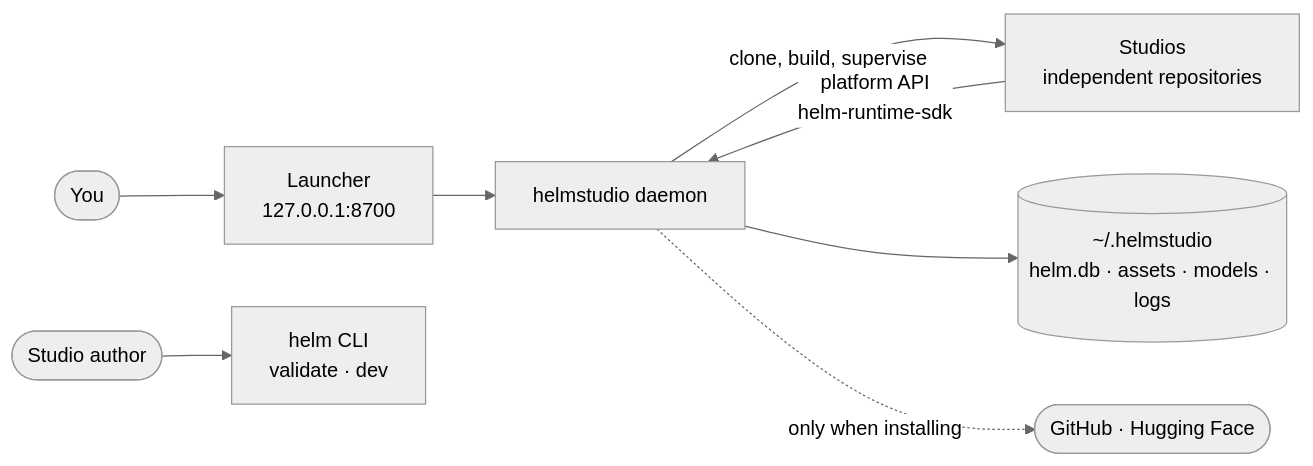
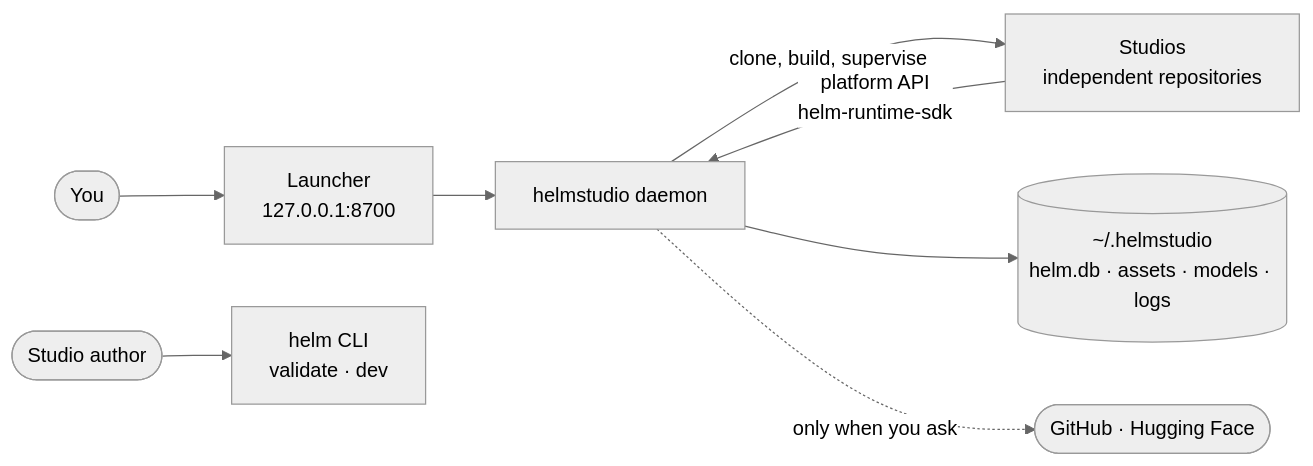
The diagram in README.md (janishar/helmstudio), drawn with Mermaid (neutral theme) before and after one commit. The commit also changed other lines of this file, not shown here.

````diff
--- a/README.md
+++ b/README.md
@@ -250,10 +119,10 @@
 ```mermaid
 flowchart LR
     you(["You"]) --> launcher["Launcher<br/>127.0.0.1:8700"]
     launcher --> daemon["helmstudio daemon"]
     author(["Studio author"]) --> cli["helm CLI<br/>validate · dev"]
     daemon -- "clone, build, supervise" --> studios["Studios<br/>independent repositories"]
     studios -- "platform API<br/>helm-runtime-sdk" --> daemon
     daemon --> store[("~/.helmstudio<br/>helm.db · assets · models · logs")]
-    daemon -. "only when installing" .-> net(["GitHub · Hugging Face"])
+    daemon -. "only when you ask" .-> net(["GitHub · Hugging Face"])
 ```
````
